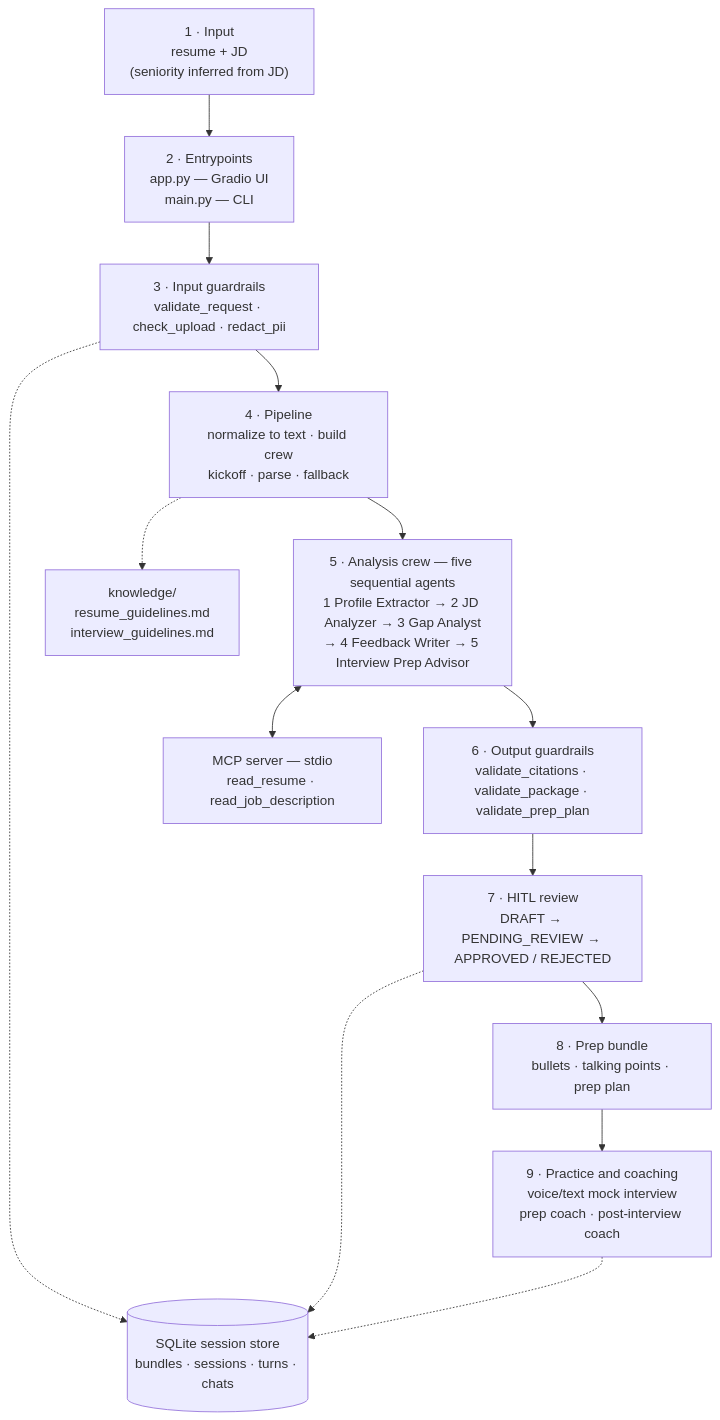
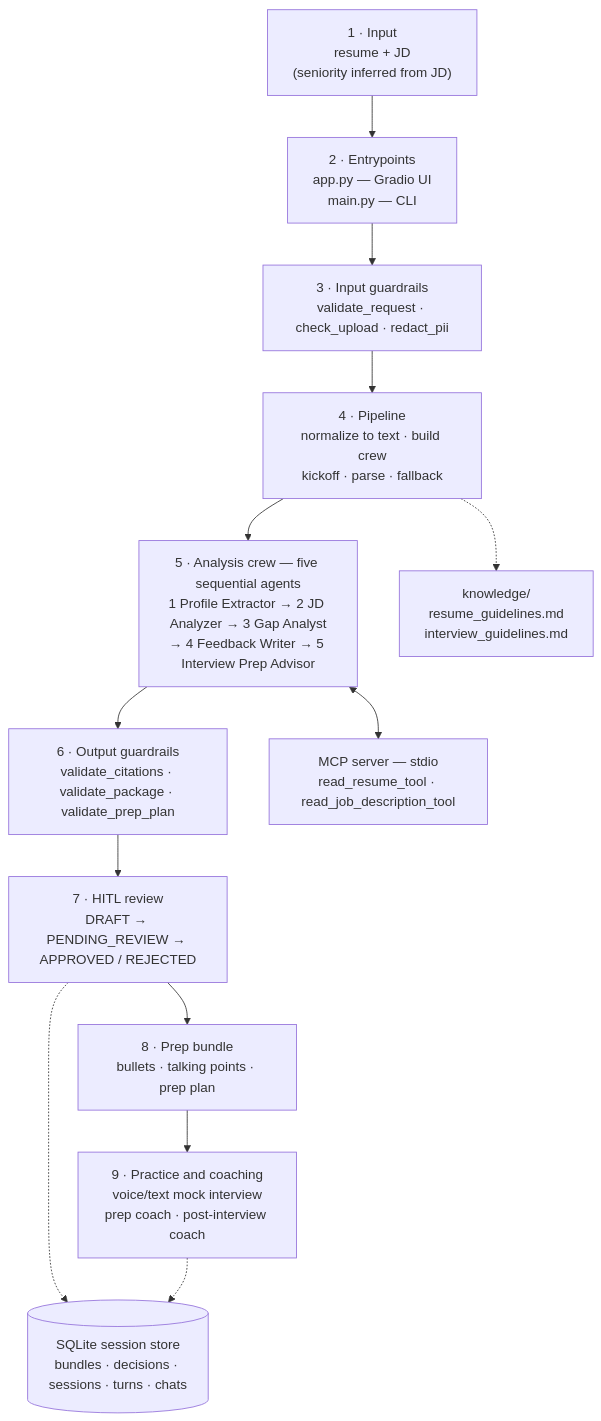
One commit to helenapedro/careercrew changed the first of 3 diagrams in ARCHITECTURE.md. Above: the diagram before and after it, drawn with Mermaid. The commit also changed other lines of this file and 17 other files, not shown here.

First line of the commit message:
docs: align all docs and diagrams with current code before submission

````diff
--- a/ARCHITECTURE.md
+++ b/ARCHITECTURE.md
@@ -27,20 +27,19 @@
 ```mermaid
 flowchart TD
     S1["1 · Input<br/>resume + JD<br/>(seniority inferred from JD)"]
     S2["2 · Entrypoints<br/>app.py — Gradio UI<br/>main.py — CLI"]
     S3["3 · Input guardrails<br/>validate_request · check_upload · redact_pii"]
     S4["4 · Pipeline<br/>normalize to text · build crew<br/>kickoff · parse · fallback"]
     S5["5 · Analysis crew — five sequential agents<br/>1 Profile Extractor → 2 JD Analyzer → 3 Gap Analyst<br/>→ 4 Feedback Writer → 5 Interview Prep Advisor"]
     S6["6 · Output guardrails<br/>validate_citations · validate_package · validate_prep_plan"]
     S7["7 · HITL review<br/>DRAFT → PENDING_REVIEW → APPROVED / REJECTED"]
     S8["8 · Prep bundle<br/>bullets · talking points · prep plan"]
     S9["9 · Practice and coaching<br/>voice/text mock interview<br/>prep coach · post-interview coach"]
 
     S1 --> S2 --> S3 --> S4 --> S5 --> S6 --> S7 --> S8 --> S9
 
-    S5 <--> MCP["MCP server — stdio<br/>read_resume · read_job_description"]
+    S5 <--> MCP["MCP server — stdio<br/>read_resume_tool · read_job_description_tool"]
     S4 -.-> K["knowledge/<br/>resume_guidelines.md<br/>interview_guidelines.md"]
-    S3 -.-> DB[("SQLite session store<br/>bundles · sessions · turns · chats")]
-    S7 -.-> DB
+    S7 -.-> DB[("SQLite session store<br/>bundles · decisions · sessions · turns · chats")]
     S9 -.-> DB
 ```
````
